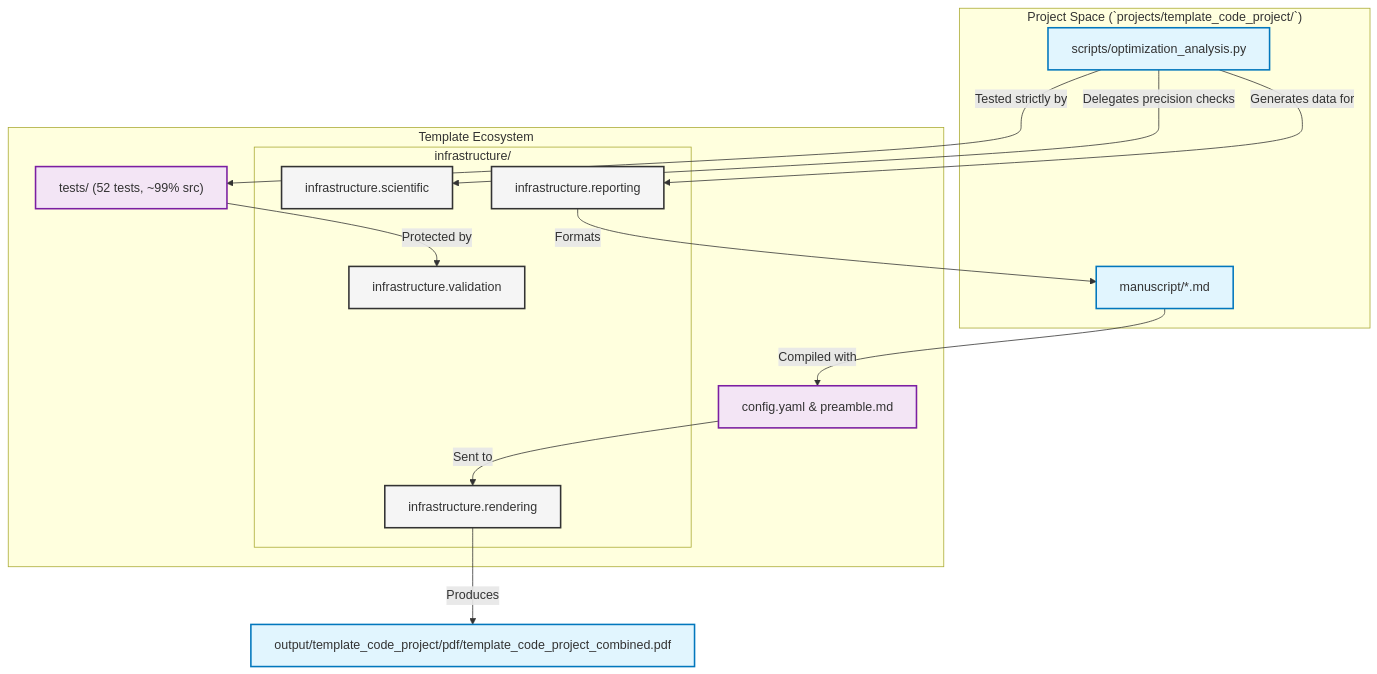
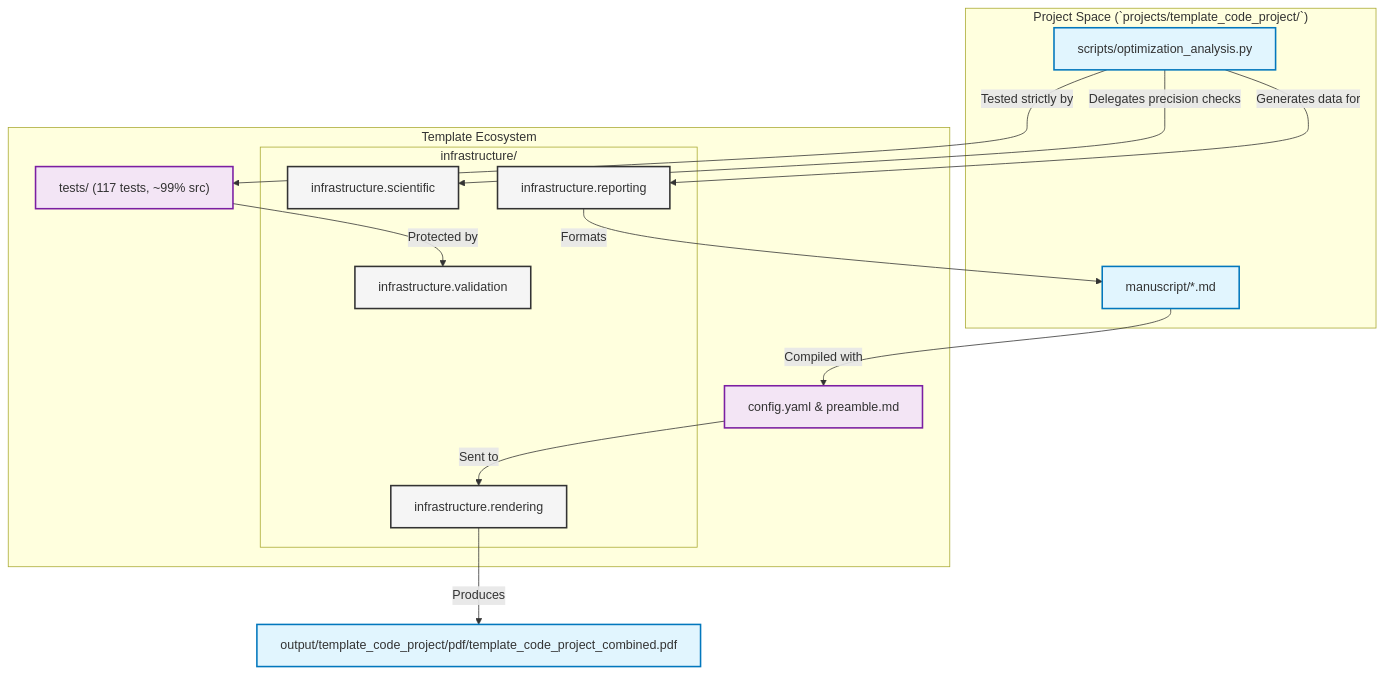
One commit to docxology/template changed the diagram in projects/template_code_project/manuscript/README.md. Above: the diagram before and after it, drawn with Mermaid. The commit also changed other lines of this file and 952 other files, not shown here.

````diff
--- a/projects/template_code_project/manuscript/README.md
+++ b/projects/template_code_project/manuscript/README.md
@@ -29,32 +29,32 @@
 ```mermaid
 graph TD
     classDef infra fill:#f5f5f5,stroke:#333,stroke-width:2px;
     classDef project fill:#e1f5fe,stroke:#0277bd,stroke-width:2px;
     classDef docs fill:#f3e5f5,stroke:#7b1fa2,stroke-width:2px;
 
     subgraph "Project Space (`projects/template_code_project/`)"
         Script["scripts/optimization_analysis.py"]:::project
         Manuscript["manuscript/*.md"]:::project
     end
 
     subgraph "Template Ecosystem"
-        Tests["tests/ (52 tests, ~99% src)"]:::docs
+        Tests["tests/ (117 tests, ~99% src)"]:::docs
         Config["config.yaml & preamble.md"]:::docs
         
         subgraph "`infrastructure/`"
             Validation["infrastructure.validation"]:::infra
             Scientific["infrastructure.scientific"]:::infra
             Reporting["infrastructure.reporting"]:::infra
             Rendering["infrastructure.rendering"]:::infra
         end
     end
 
     Script -->|Delegates precision checks| Scientific
     Script -->|Tested strictly by| Tests
     Tests -->|Protected by| Validation
     Script -->|Generates data for| Reporting
     Reporting -->|Formats| Manuscript
     Manuscript -->|Compiled with| Config
     Config -->|Sent to| Rendering
     Rendering -->|Produces| PDF["output/template_code_project/pdf/template_code_project_combined.pdf"]:::project
 ```
````
